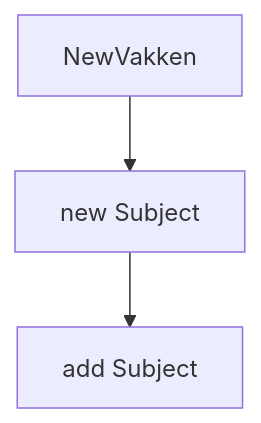
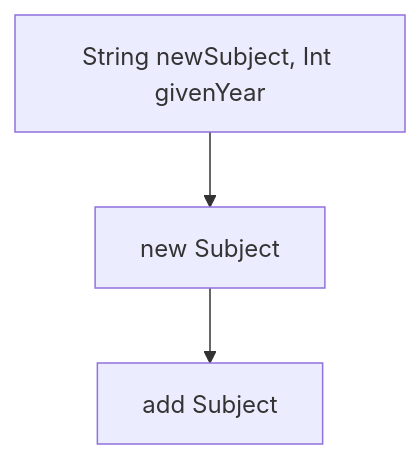
One commit to RockFreakRickerd/SameCodeDifferentLanguagues changed the third of 5 diagrams in SchoolSystem/README.md. Above: the diagram before and after it, drawn with Mermaid. The commit also changed other lines of this file, not shown here.

````diff
--- a/SchoolSystem/README.md
+++ b/SchoolSystem/README.md
@@ -40,4 +40,4 @@
 ```mermaid
 flowchart TD
-  A[NewVakken] --> B[new Subject] --> C[add Subject];
+  A[String newSubject, Int givenYear] --> B[new Subject] --> C[add Subject];
 ```
````
